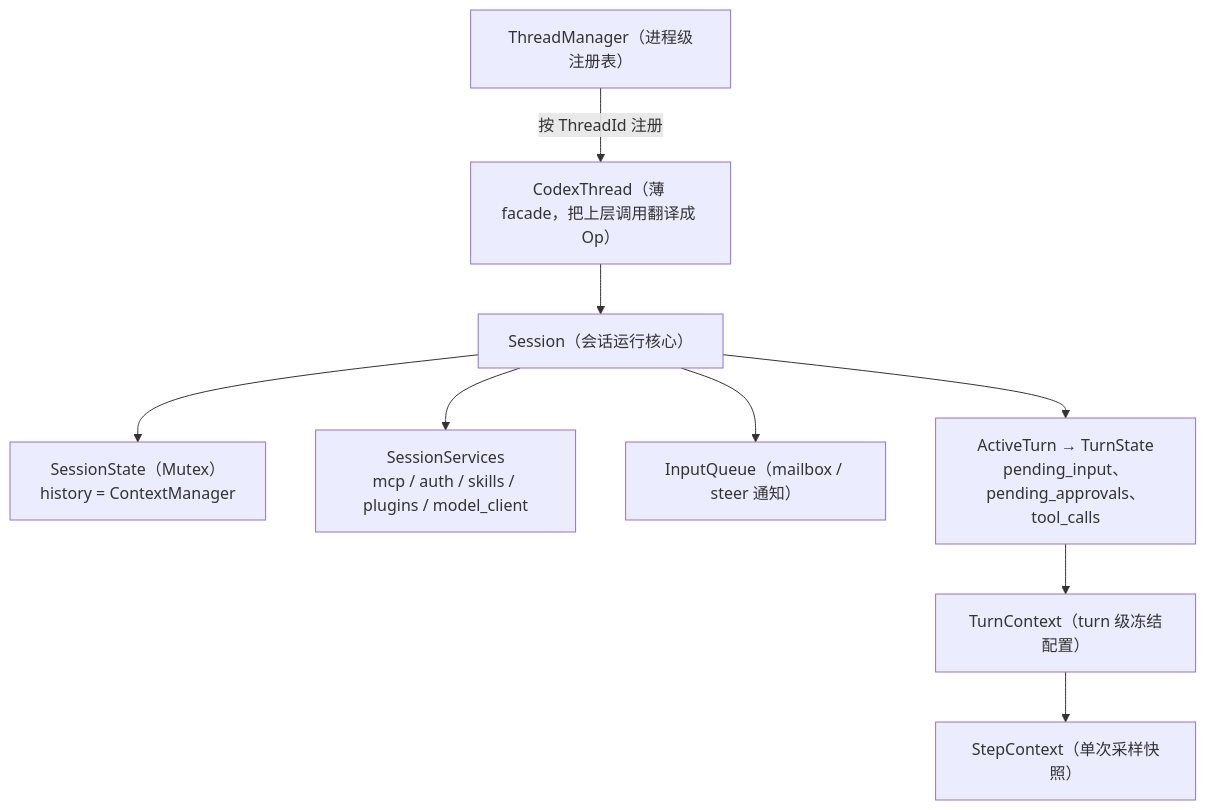
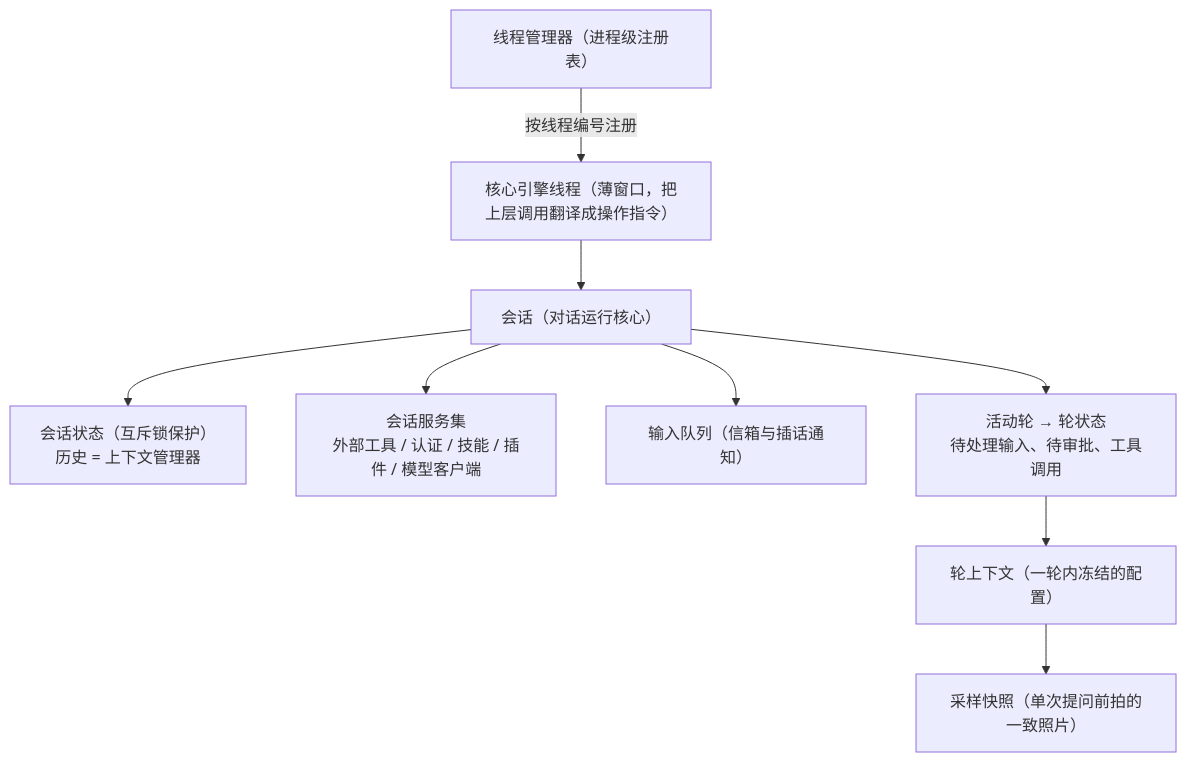
The first of 3 diagrams in src/part3/agent-core.md (13927/codex-book), drawn with Mermaid before and after one commit. The commit also changed other lines of this file and 14 other files, not shown here.

````diff
--- a/src/part3/agent-core.md
+++ b/src/part3/agent-core.md
@@ -32,21 +56,21 @@
 ```mermaid
 flowchart TD
-    TM["ThreadManager（进程级注册表）"]
-    CT["CodexThread（薄 facade，把上层调用翻译成 Op）"]
-    SESS["Session（会话运行核心）"]
-    SS["SessionState（Mutex）<br/>history = ContextManager"]
-    SVC["SessionServices<br/>mcp / auth / skills / plugins / model_client"]
-    IQ["InputQueue（mailbox / steer 通知）"]
-    AT["ActiveTurn → TurnState<br/>pending_input、pending_approvals、tool_calls"]
-    TC["TurnContext（turn 级冻结配置）"]
-    SC["StepContext（单次采样快照）"]
+    TM["线程管理器（进程级注册表）"]
+    CT["核心引擎线程（薄窗口，把上层调用翻译成操作指令）"]
+    SESS["会话（对话运行核心）"]
+    SS["会话状态（互斥锁保护）<br/>历史 = 上下文管理器"]
+    SVC["会话服务集<br/>外部工具 / 认证 / 技能 / 插件 / 模型客户端"]
+    IQ["输入队列（信箱与插话通知）"]
+    AT["活动轮 → 轮状态<br/>待处理输入、待审批、工具调用"]
+    TC["轮上下文（一轮内冻结的配置）"]
+    SC["采样快照（单次提问前拍的一致照片）"]
 
-    TM -- "按 ThreadId 注册" --> CT
+    TM -- "按线程编号注册" --> CT
     CT --> SESS
     SESS --> SS
     SESS --> SVC
     SESS --> IQ
     SESS --> AT
     AT --> TC
     TC --> SC
 ```
````
